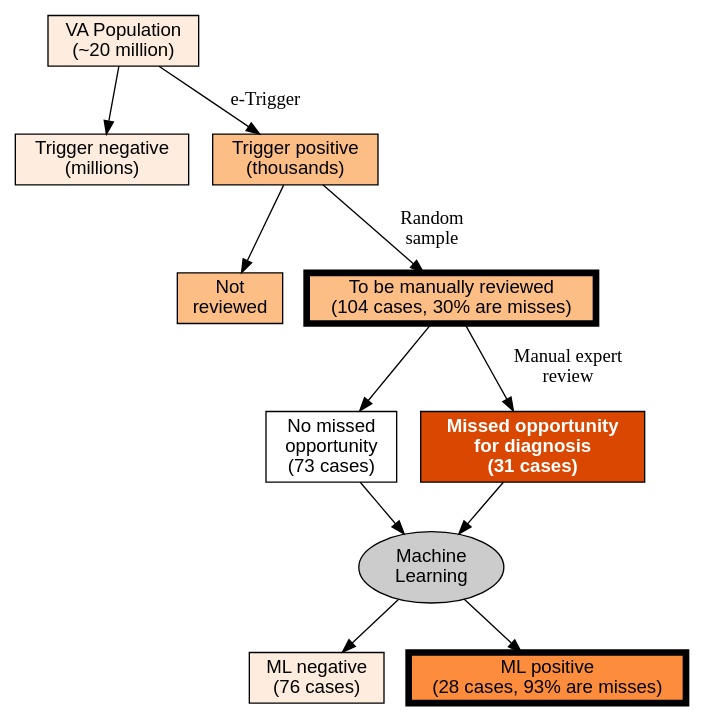
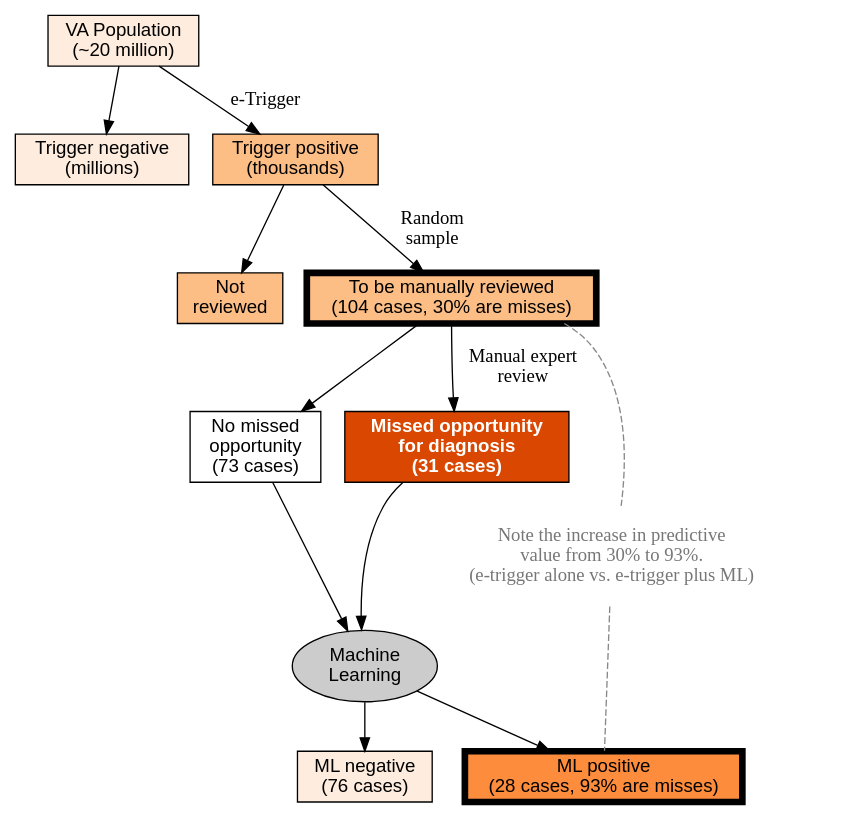
One commit to zimolzak/ml-detect-diagnostic-safety changed the diagram in AndyZimolzak/flow-colors-sparser.dot. Above: the diagram before and after it, drawn with Graphviz.

Commit message:
finish annotation, sent to bcm ppl

```diff
--- a/AndyZimolzak/flow-colors-sparser.dot
+++ b/AndyZimolzak/flow-colors-sparser.dot
@@ -1,43 +1,47 @@
 digraph G {
 
 node [style = filled, fillcolor="white", fontname="Helvetica", colorscheme="oranges4"]
   //rankdir = "LR";
 
 // Rectangles for number of charts
 
 twentyMillion [shape="rectangle", label="VA Population\n(~20 million)", fillcolor=1];
 millionsNeg [shape="rectangle", label="Trigger negative\n(millions)", fillcolor=1];
 thousands [shape="rectangle", label="Trigger positive\n(thousands)", fillcolor=2];
 
 notReview [shape="rectangle" label="Not\nreviewed", fillcolor=2];
 hundredReview [shape="rectangle", label="To be manually reviewed\n(104 cases, 30% are misses)", fillcolor=2, penwidth=5];
 
 noMissedOD [shape="rectangle", label="No missed\nopportunity\n(73 cases)"];
 MissedOD [shape="rectangle", label="Missed opportunity\nfor diagnosis\n(31 cases)", fillcolor=4, fontcolor="white", fontname="Helvetica-Bold"];
 
 mlneg [shape="rectangle", fillcolor=1, label="ML negative\n(76 cases)"];
 mlpos [shape="rectangle", fillcolor=3, label="ML positive\n(28 cases, 93% are misses)", penwidth=5];  // color 3 is used only for ML +
 
 ML [fillcolor="#cccccc", label="Machine\nLearning"];
 
 
 
 
 // Edges
 
 twentyMillion -> millionsNeg;
 twentyMillion -> thousands [label="e-Trigger"];
 
 thousands -> notReview;
 thousands -> hundredReview [label="Random\nsample"];
 
 hundredReview -> noMissedOD;
 hundredReview -> MissedOD [label="Manual expert\nreview"];
 
 noMissedOD -> ML;
 MissedOD -> ML;
 
 ML -> mlneg;
 ML -> mlpos;
 
+MLImproves[penwidth=0, label="Note the increase in predictive\nvalue from 30% to 93%.\n(e-trigger alone vs. e-trigger plus ML)", fontcolor="#777777", fontname="Helvetica Italic"]
+hundredReview -> MLImproves [style=dashed, dir=none, color="#888888"]
+MLImproves -> mlpos [style=dashed, dir=none, color="#888888"]
+
 }
```
